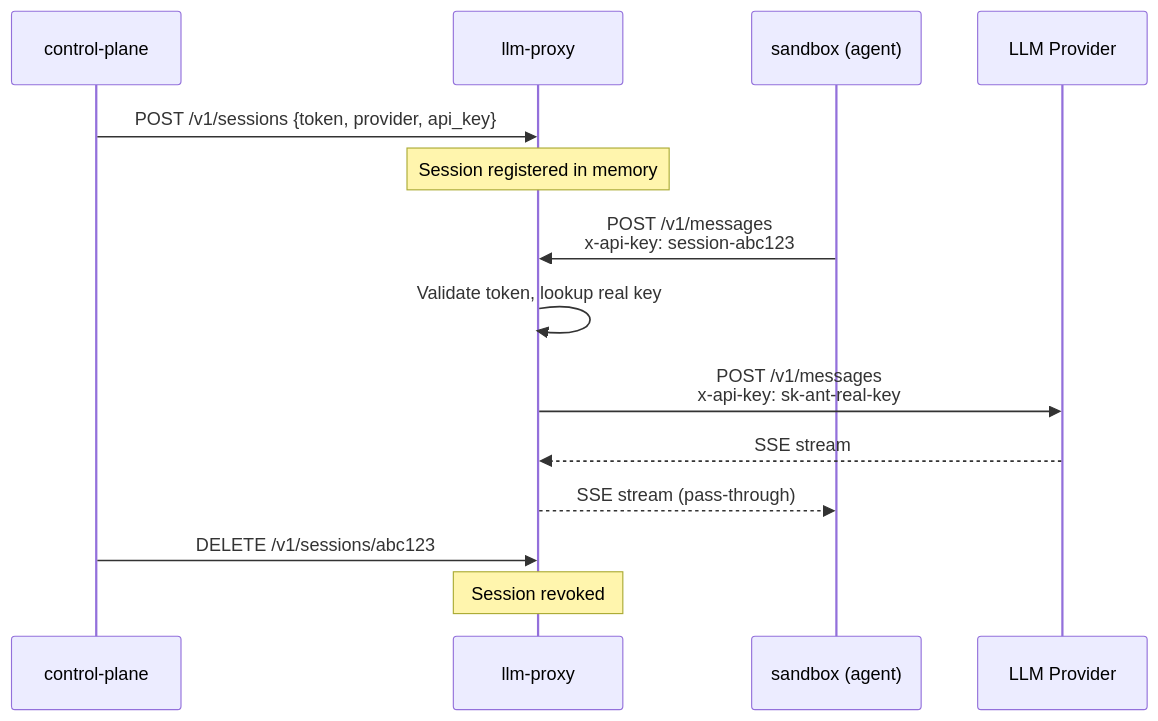
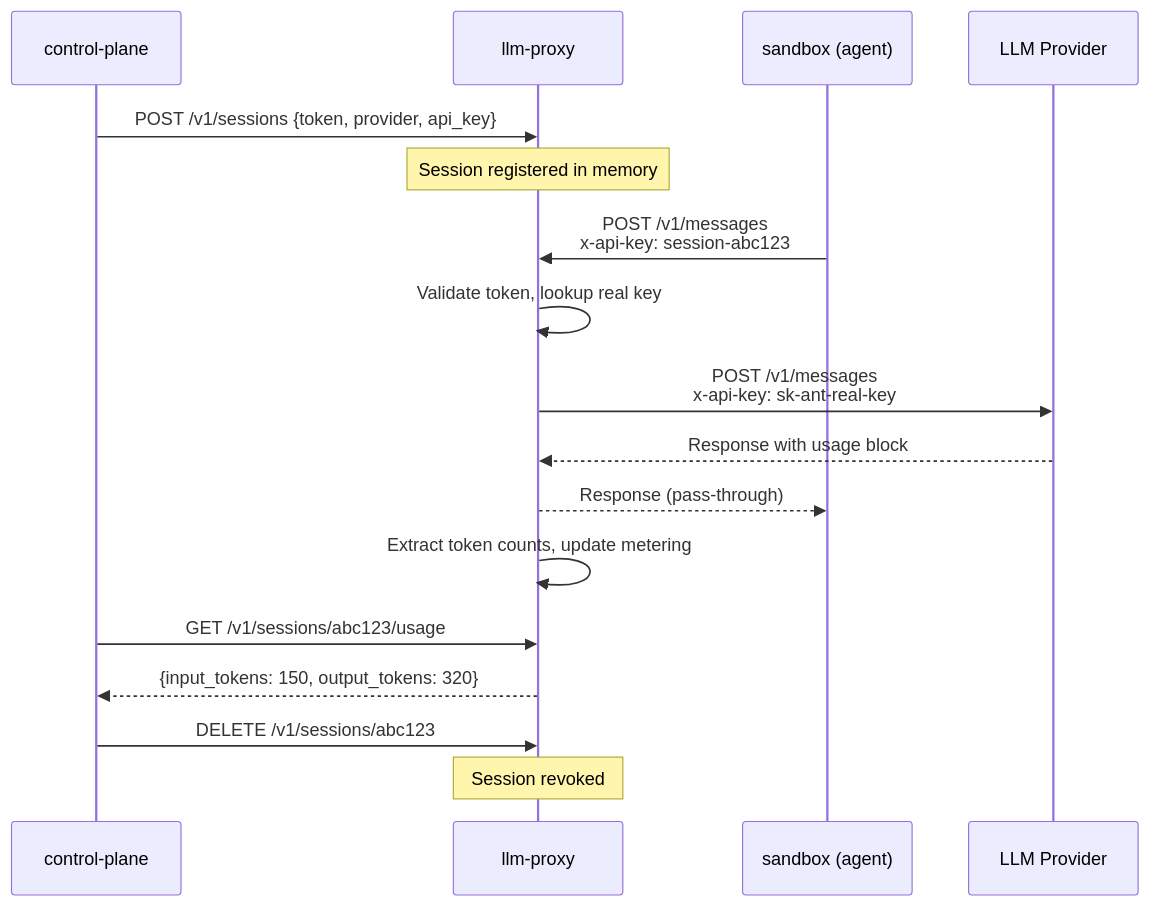
The first of 2 diagrams in README.md (Travbz/llm-proxy), drawn with Mermaid before and after one commit. The commit also changed other lines of this file and 7 other files, not shown here.

First line of the commit message:
docs: add token metering to architecture, API reference, and streaming docs

````diff
--- a/README.md
+++ b/README.md
@@ -17,19 +18,23 @@
 ```mermaid
 sequenceDiagram
     participant CP as control-plane
     participant Proxy as llm-proxy
     participant Sandbox as sandbox (agent)
     participant LLM as LLM Provider
 
     CP->>Proxy: POST /v1/sessions {token, provider, api_key}
     Note over Proxy: Session registered in memory
 
     Sandbox->>Proxy: POST /v1/messages<br/>x-api-key: session-abc123
     Proxy->>Proxy: Validate token, lookup real key
     Proxy->>LLM: POST /v1/messages<br/>x-api-key: sk-ant-real-key
-    LLM-->>Proxy: SSE stream
-    Proxy-->>Sandbox: SSE stream (pass-through)
+    LLM-->>Proxy: Response with usage block
+    Proxy-->>Sandbox: Response (pass-through)
+    Proxy->>Proxy: Extract token counts, update metering
+
+    CP->>Proxy: GET /v1/sessions/abc123/usage
+    Proxy-->>CP: {input_tokens: 150, output_tokens: 320}
 
     CP->>Proxy: DELETE /v1/sessions/abc123
     Note over Proxy: Session revoked
 ```
````
